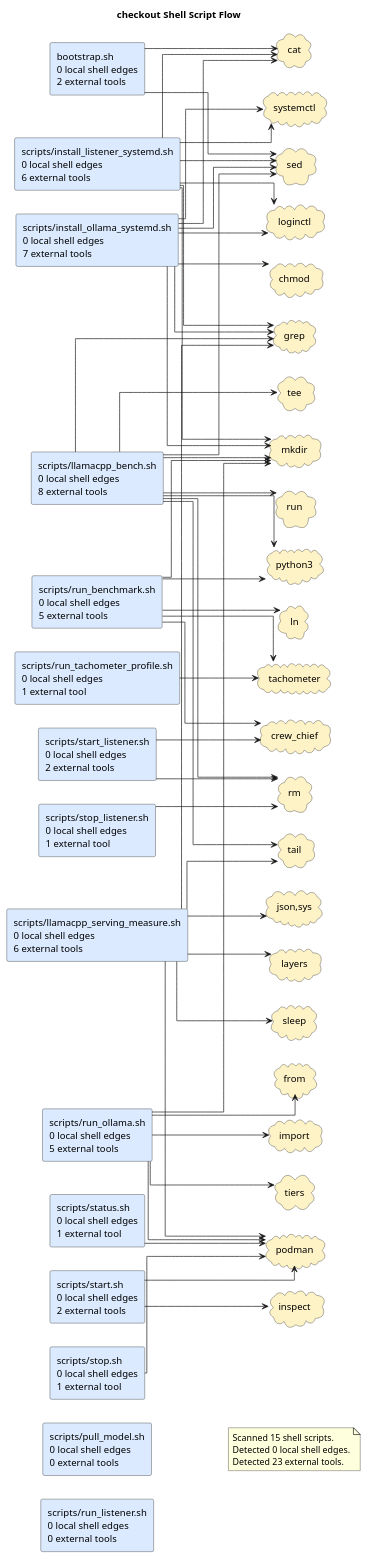
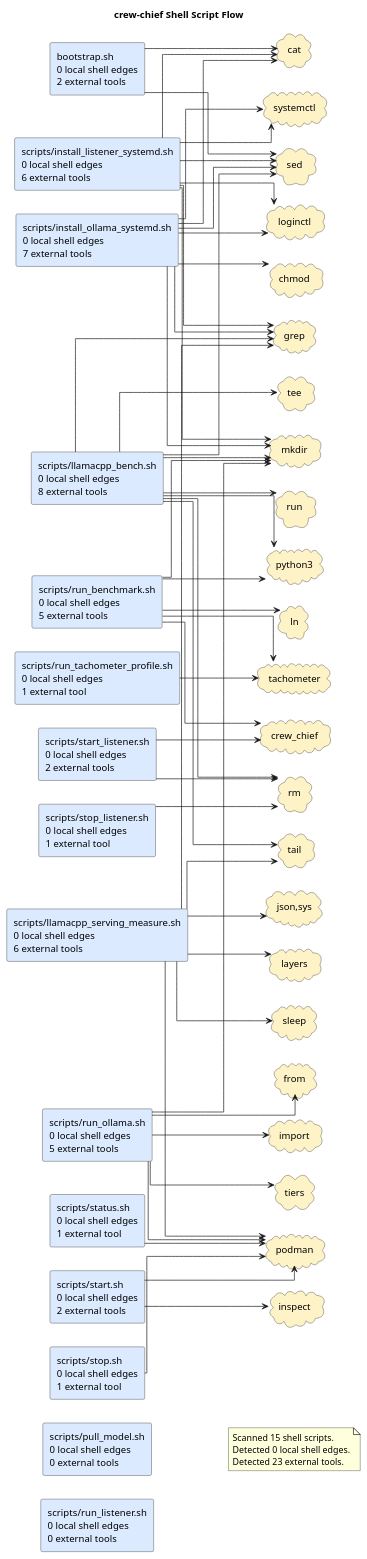
The diagram in docs/diagrams/shell-call-graph.puml (casonk/crew-chief), drawn with PlantUML before and after one commit. The commit also changed 23 other files, not shown here.

```diff
--- a/docs/diagrams/shell-call-graph.puml
+++ b/docs/diagrams/shell-call-graph.puml
@@ -1,98 +1,98 @@
 @startuml
-title checkout Shell Script Flow
+title crew-chief Shell Script Flow
 left to right direction
 skinparam shadowing false
 skinparam defaultFontName Monospace
 skinparam componentStyle rectangle
 skinparam linetype ortho
 rectangle "bootstrap.sh\n0 local shell edges\n2 external tools" as shell_bootstrap_sh #DBEAFE
 rectangle "scripts/install_listener_systemd.sh\n0 local shell edges\n6 external tools" as shell_scripts_install_listener_systemd_sh #DBEAFE
 rectangle "scripts/install_ollama_systemd.sh\n0 local shell edges\n7 external tools" as shell_scripts_install_ollama_systemd_sh #DBEAFE
 rectangle "scripts/llamacpp_bench.sh\n0 local shell edges\n8 external tools" as shell_scripts_llamacpp_bench_sh #DBEAFE
 rectangle "scripts/llamacpp_serving_measure.sh\n0 local shell edges\n6 external tools" as shell_scripts_llamacpp_serving_measure_sh #DBEAFE
 rectangle "scripts/pull_model.sh\n0 local shell edges\n0 external tools" as shell_scripts_pull_model_sh #DBEAFE
 rectangle "scripts/run_benchmark.sh\n0 local shell edges\n5 external tools" as shell_scripts_run_benchmark_sh #DBEAFE
 rectangle "scripts/run_listener.sh\n0 local shell edges\n0 external tools" as shell_scripts_run_listener_sh #DBEAFE
 rectangle "scripts/run_ollama.sh\n0 local shell edges\n5 external tools" as shell_scripts_run_ollama_sh #DBEAFE
 rectangle "scripts/run_tachometer_profile.sh\n0 local shell edges\n1 external tool" as shell_scripts_run_tachometer_profile_sh #DBEAFE
 rectangle "scripts/start.sh\n0 local shell edges\n2 external tools" as shell_scripts_start_sh #DBEAFE
 rectangle "scripts/start_listener.sh\n0 local shell edges\n2 external tools" as shell_scripts_start_listener_sh #DBEAFE
 rectangle "scripts/status.sh\n0 local shell edges\n1 external tool" as shell_scripts_status_sh #DBEAFE
 rectangle "scripts/stop.sh\n0 local shell edges\n1 external tool" as shell_scripts_stop_sh #DBEAFE
 rectangle "scripts/stop_listener.sh\n0 local shell edges\n1 external tool" as shell_scripts_stop_listener_sh #DBEAFE
 cloud "cat" as tool_cat #FEF3C7
 cloud "chmod" as tool_chmod #FEF3C7
 cloud "crew_chief" as tool_crew_chief #FEF3C7
 cloud "from" as tool_from #FEF3C7
 cloud "grep" as tool_grep #FEF3C7
 cloud "import" as tool_import #FEF3C7
 cloud "inspect" as tool_inspect #FEF3C7
 cloud "json,sys" as tool_json_sys #FEF3C7
 cloud "layers" as tool_layers #FEF3C7
 cloud "ln" as tool_ln #FEF3C7
 cloud "loginctl" as tool_loginctl #FEF3C7
 cloud "mkdir" as tool_mkdir #FEF3C7
 cloud "podman" as tool_podman #FEF3C7
 cloud "python3" as tool_python3 #FEF3C7
 cloud "rm" as tool_rm #FEF3C7
 cloud "run" as tool_run #FEF3C7
 cloud "sed" as tool_sed #FEF3C7
 cloud "sleep" as tool_sleep #FEF3C7
 cloud "systemctl" as tool_systemctl #FEF3C7
 cloud "tachometer" as tool_tachometer #FEF3C7
 cloud "tail" as tool_tail #FEF3C7
 cloud "tee" as tool_tee #FEF3C7
 cloud "tiers" as tool_tiers #FEF3C7
 shell_bootstrap_sh --> tool_cat
 shell_bootstrap_sh --> tool_sed
 shell_scripts_install_listener_systemd_sh --> tool_cat
 shell_scripts_install_listener_systemd_sh --> tool_grep
 shell_scripts_install_listener_systemd_sh --> tool_loginctl
 shell_scripts_install_listener_systemd_sh --> tool_mkdir
 shell_scripts_install_listener_systemd_sh --> tool_sed
 shell_scripts_install_listener_systemd_sh --> tool_systemctl
 shell_scripts_install_ollama_systemd_sh --> tool_cat
 shell_scripts_install_ollama_systemd_sh --> tool_chmod
 shell_scripts_install_ollama_systemd_sh --> tool_grep
 shell_scripts_install_ollama_systemd_sh --> tool_loginctl
 shell_scripts_install_ollama_systemd_sh --> tool_mkdir
 shell_scripts_install_ollama_systemd_sh --> tool_sed
 shell_scripts_install_ollama_systemd_sh --> tool_systemctl
 shell_scripts_llamacpp_bench_sh --> tool_grep
 shell_scripts_llamacpp_bench_sh --> tool_mkdir
 shell_scripts_llamacpp_bench_sh --> tool_python3
 shell_scripts_llamacpp_bench_sh --> tool_rm
 shell_scripts_llamacpp_bench_sh --> tool_run
 shell_scripts_llamacpp_bench_sh --> tool_sed
 shell_scripts_llamacpp_bench_sh --> tool_tail
 shell_scripts_llamacpp_bench_sh --> tool_tee
 shell_scripts_llamacpp_serving_measure_sh --> tool_grep
 shell_scripts_llamacpp_serving_measure_sh --> tool_json_sys
 shell_scripts_llamacpp_serving_measure_sh --> tool_layers
 shell_scripts_llamacpp_serving_measure_sh --> tool_podman
 shell_scripts_llamacpp_serving_measure_sh --> tool_sleep
 shell_scripts_llamacpp_serving_measure_sh --> tool_tail
 shell_scripts_run_benchmark_sh --> tool_crew_chief
 shell_scripts_run_benchmark_sh --> tool_ln
 shell_scripts_run_benchmark_sh --> tool_mkdir
 shell_scripts_run_benchmark_sh --> tool_python3
 shell_scripts_run_benchmark_sh --> tool_tachometer
 shell_scripts_run_ollama_sh --> tool_from
 shell_scripts_run_ollama_sh --> tool_import
 shell_scripts_run_ollama_sh --> tool_mkdir
 shell_scripts_run_ollama_sh --> tool_podman
 shell_scripts_run_ollama_sh --> tool_tiers
 shell_scripts_run_tachometer_profile_sh --> tool_tachometer
 shell_scripts_start_listener_sh --> tool_crew_chief
 shell_scripts_start_listener_sh --> tool_rm
 shell_scripts_start_sh --> tool_inspect
 shell_scripts_start_sh --> tool_podman
 shell_scripts_status_sh --> tool_podman
 shell_scripts_stop_listener_sh --> tool_rm
 shell_scripts_stop_sh --> tool_podman
 note as shellGraphSummary
 Scanned 15 shell scripts.
 Detected 0 local shell edges.
 Detected 23 external tools.
 end note
 @enduml
```
